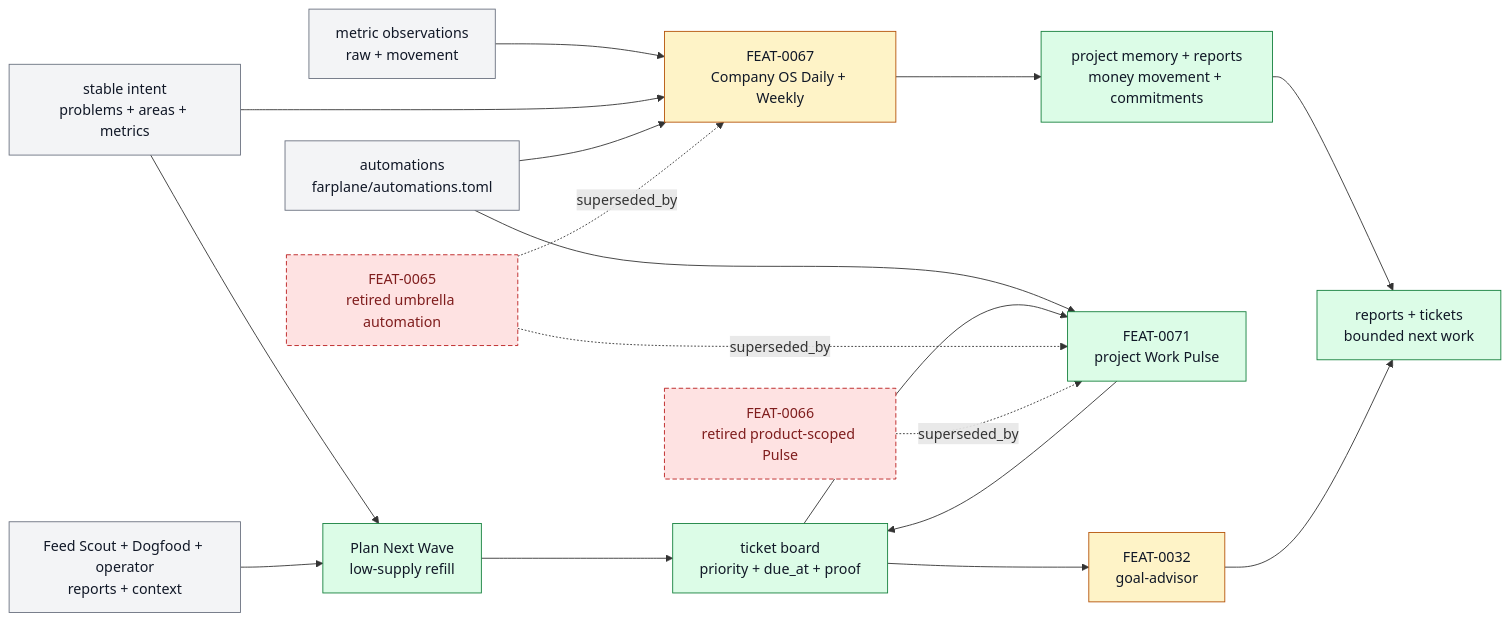
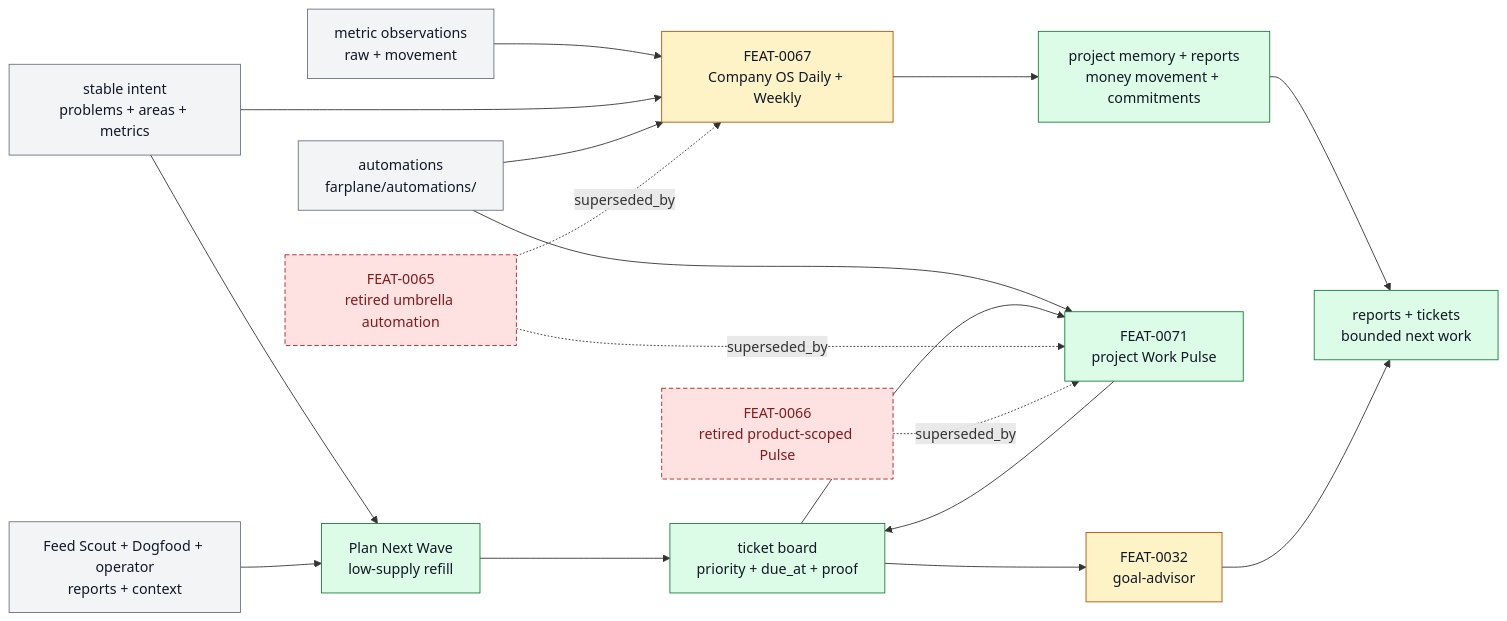
One commit to ZanarkandTechnologies/Farplane changed the diagram in docs/systems/horizon-loop.md. Above: the diagram before and after it, drawn with Mermaid. The commit also changed 58 other files, not shown here.

````diff
--- a/docs/systems/horizon-loop.md
+++ b/docs/systems/horizon-loop.md
@@ -112,32 +112,32 @@
 ```mermaid
 flowchart LR
   classDef keep fill:#f3f4f6,stroke:#6b7280,color:#111827
   classDef changed fill:#fef3c7,stroke:#b45309,color:#111827
   classDef added fill:#dcfce7,stroke:#15803d,color:#111827
   classDef retired fill:#fee2e2,stroke:#b91c1c,color:#7f1d1d,stroke-dasharray: 5 3
 
   metrics["metric observations<br/>raw + movement"]:::keep
   intent["stable intent<br/>problems + areas + metrics"]:::keep
-  automations["automations<br/>farplane/automations.toml"]:::keep
+  automations["automations<br/>farplane/automations/"]:::keep
   advisor["FEAT-0032<br/>goal-advisor"]:::changed
   pulse["FEAT-0071<br/>project Work Pulse"]:::added
   companyos["FEAT-0067<br/>Company OS Daily + Weekly"]:::changed
   memory["project memory + reports<br/>money movement + commitments"]:::added
   sources["Feed Scout + Dogfood + operator<br/>reports + context"]:::keep
   old["FEAT-0065<br/>retired umbrella automation"]:::retired
   productPulse["FEAT-0066<br/>retired product-scoped Pulse"]:::retired
   planner["Plan Next Wave<br/>low-supply refill"]:::added
   board["ticket board<br/>priority + due_at + proof"]:::added
   outputs["reports + tickets<br/>bounded next work"]:::added
 
   metrics --> companyos --> memory --> outputs
   intent --> companyos
   intent --> planner
   automations --> pulse --> board
   automations --> companyos
   sources --> planner --> board --> pulse
   board --> advisor --> outputs
   old -. "superseded_by" .-> pulse
   old -. "superseded_by" .-> companyos
   productPulse -. "superseded_by" .-> pulse
 ```
````
